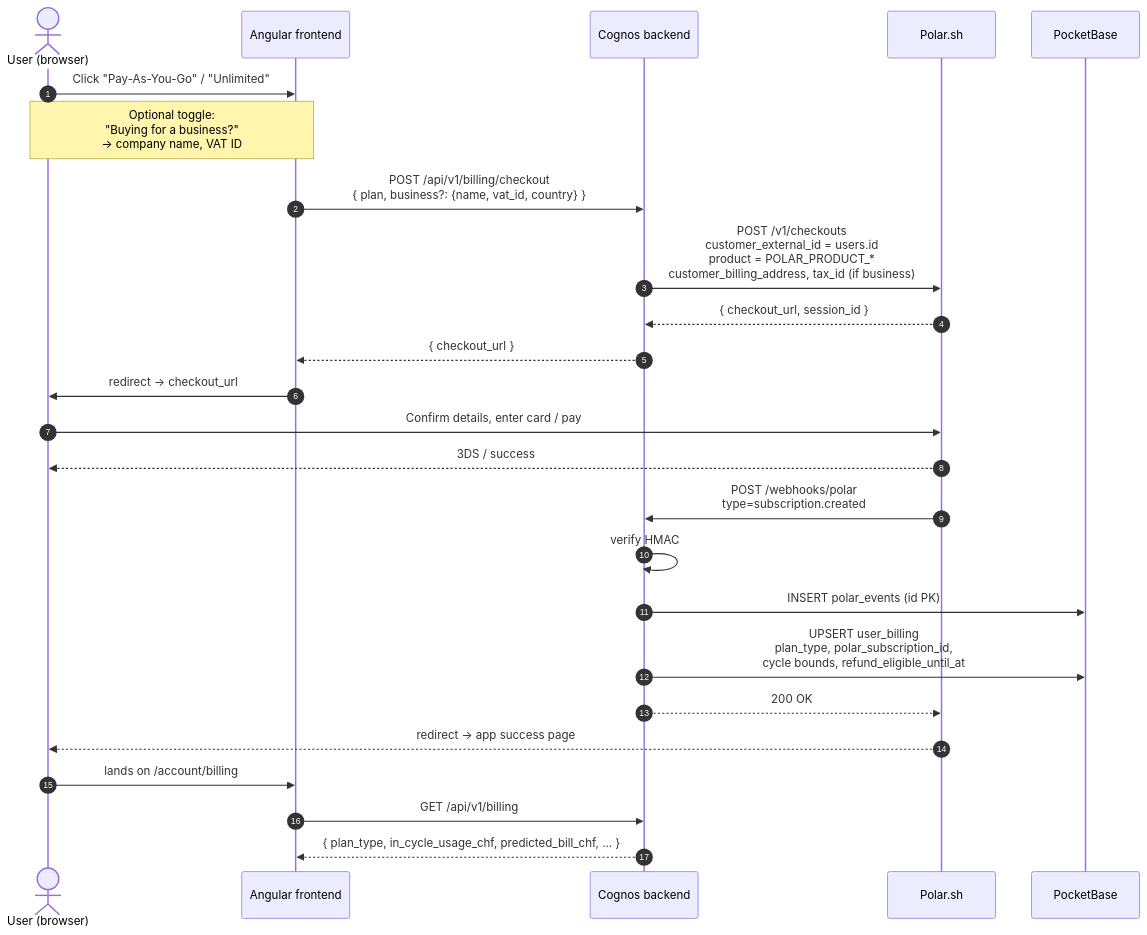
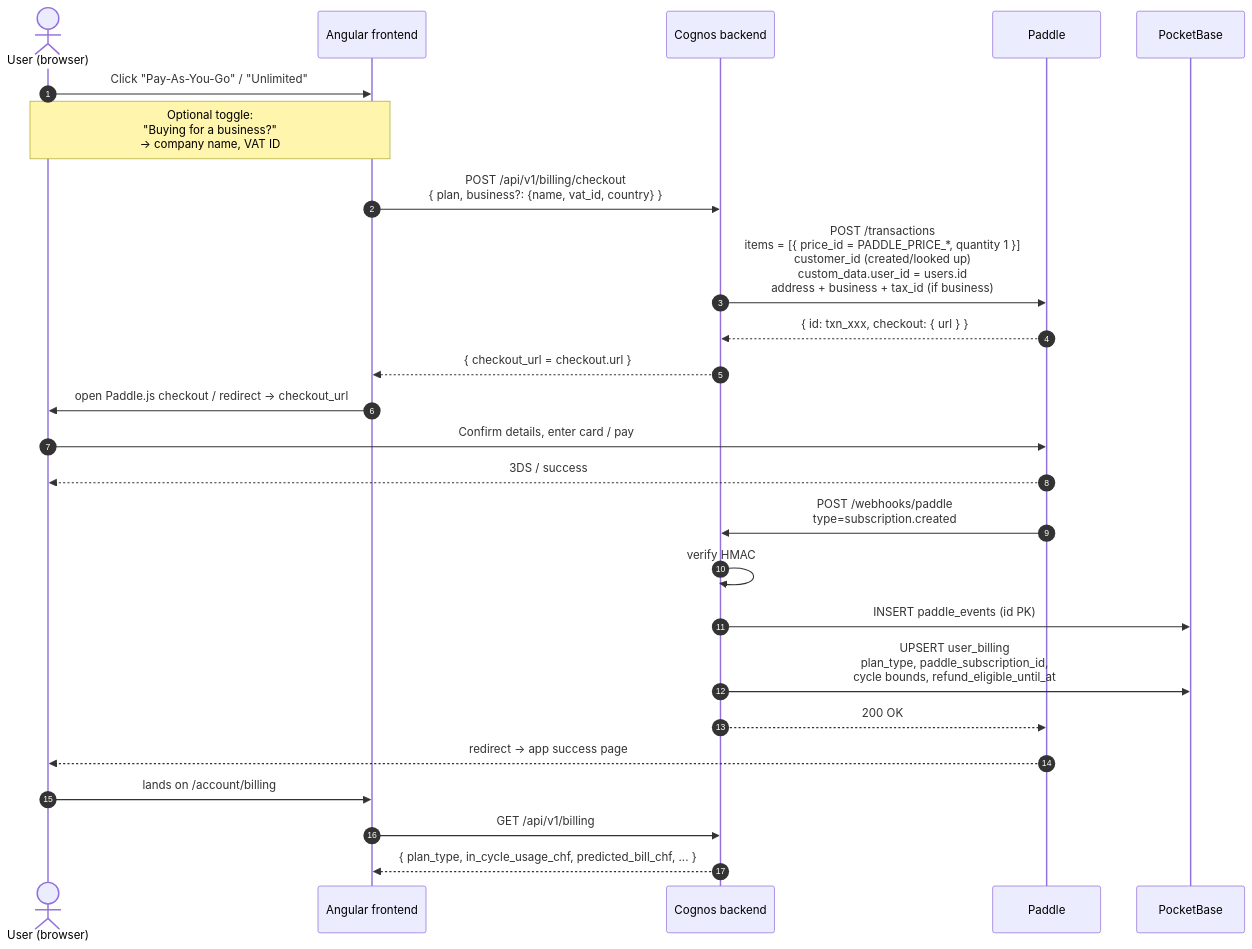
Before and after one commit to cognos-io/chat.cognos.io: the second of 7 diagrams in docs/specs/billing.md, drawn with Mermaid. The commit also changed other lines of this file, not shown here.

Commit message:
docs: update billing spec

````diff
--- a/docs/specs/billing.md
+++ b/docs/specs/billing.md
@@ -332,28 +343,28 @@
 ```mermaid
 sequenceDiagram
     autonumber
     actor U as User (browser)
     participant FE as Angular frontend
     participant BE as Cognos backend
-    participant P as Polar.sh
+    participant P as Paddle
     participant DB as PocketBase
 
     U->>FE: Click "Pay-As-You-Go" / "Unlimited"
     Note over U,FE: Optional toggle:<br/>"Buying for a business?"<br/>→ company name, VAT ID
     FE->>BE: POST /api/v1/billing/checkout<br/>{ plan, business?: {name, vat_id, country} }
-    BE->>P: POST /v1/checkouts<br/>customer_external_id = users.id<br/>product = POLAR_PRODUCT_*<br/>customer_billing_address, tax_id (if business)
-    P-->>BE: { checkout_url, session_id }
-    BE-->>FE: { checkout_url }
-    FE->>U: redirect → checkout_url
+    BE->>P: POST /transactions<br/>items = [{ price_id = PADDLE_PRICE_*, quantity 1 }]<br/>customer_id (created/looked up)<br/>custom_data.user_id = users.id<br/>address + business + tax_id (if business)
+    P-->>BE: { id: txn_xxx, checkout: { url } }
+    BE-->>FE: { checkout_url = checkout.url }
+    FE->>U: open Paddle.js checkout / redirect → checkout_url
     U->>P: Confirm details, enter card / pay
     P-->>U: 3DS / success
-    P->>BE: POST /webhooks/polar<br/>type=subscription.created
+    P->>BE: POST /webhooks/paddle<br/>type=subscription.created
     BE->>BE: verify HMAC
-    BE->>DB: INSERT polar_events (id PK)
-    BE->>DB: UPSERT user_billing<br/>plan_type, polar_subscription_id,<br/>cycle bounds, refund_eligible_until_at
+    BE->>DB: INSERT paddle_events (id PK)
+    BE->>DB: UPSERT user_billing<br/>plan_type, paddle_subscription_id,<br/>cycle bounds, refund_eligible_until_at
     BE-->>P: 200 OK
     P-->>U: redirect → app success page
     U->>FE: lands on /account/billing
     FE->>BE: GET /api/v1/billing
     BE-->>FE: { plan_type, in_cycle_usage_chf, predicted_bill_chf, ... }
 ```
````
